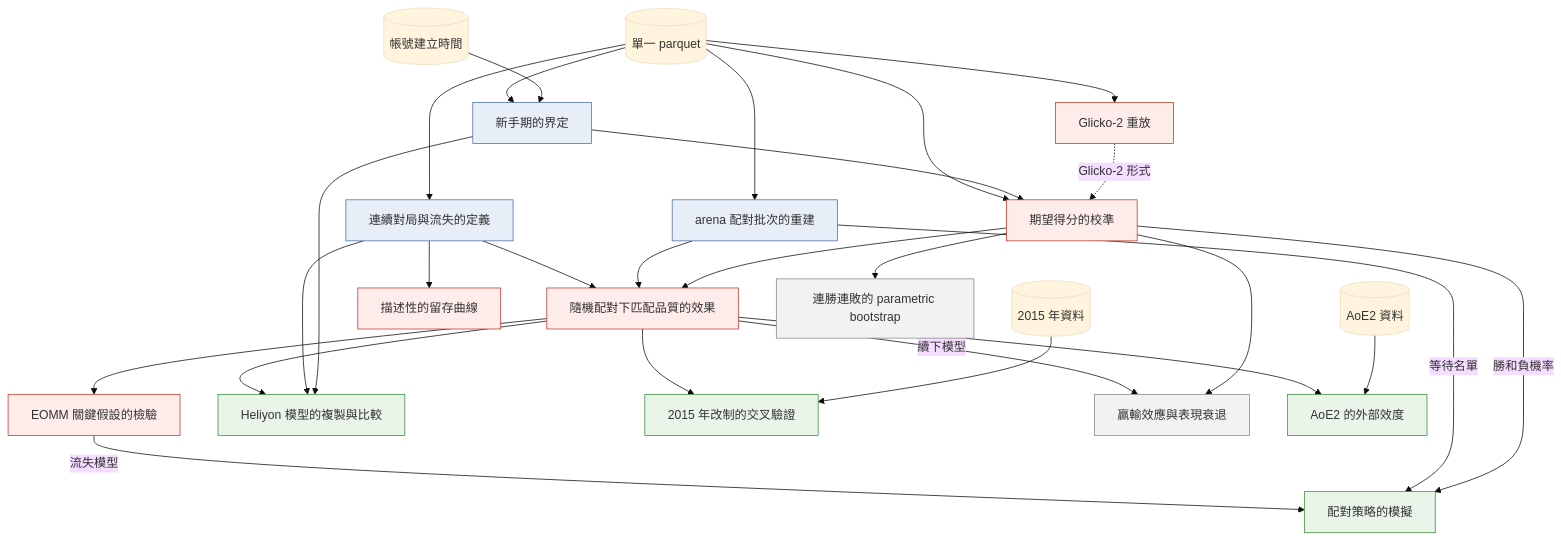
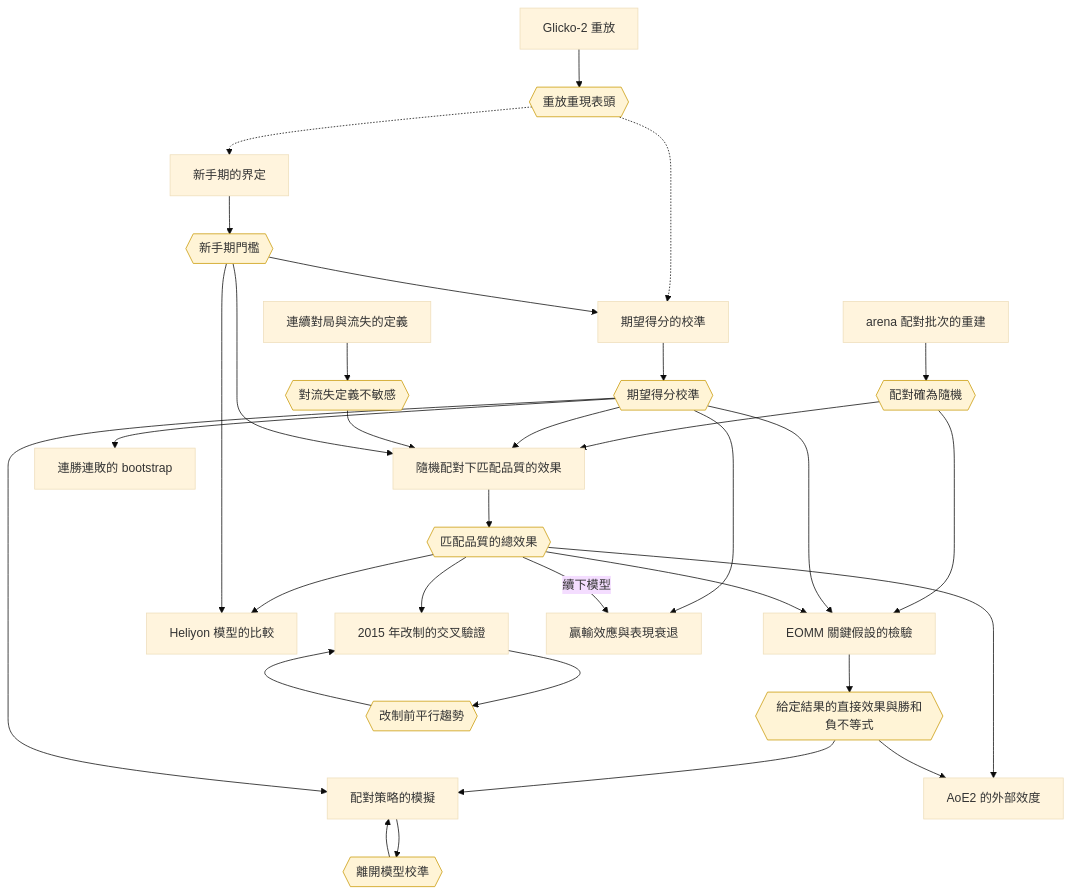
The diagram in docs/plan.md (jambochen/analyze), drawn with Mermaid (base theme) before and after one commit. The commit also changed other lines of this file, not shown here.

Commit message:
docs: 計劃改以結論之間的推論依賴組織，列出各結論成立與否的走向

````diff
--- a/docs/plan.md
+++ b/docs/plan.md
@@ -213,58 +258,62 @@
 ```mermaid
 flowchart TD
-    parquet[(單一 parquet)]
-    users[(帳號建立時間)]
-    y2015[(2015 年資料)]
-    aoe[(AoE2 資料)]
+    wave[arena 配對批次的重建]
+    calibm[期望得分的校準]
+    novm[新手期的界定]
+    replaym[Glicko-2 重放]
+    churnm[連續對局與流失的定義]
+    rim[隨機配對下匹配品質的效果]
+    eommm[EOMM 關鍵假設的檢驗]
+    simm[配對策略的模擬]
+    helm[Heliyon 模型的比較]
+    didm[2015 年改制的交叉驗證]
+    streakm[連勝連敗的 bootstrap]
+    declm[贏輸效應與表現衰退]
+    extm[AoE2 的外部效度]
 
-    churn[連續對局與流失的定義]
-    wave[arena 配對批次的重建]
-    novice[新手期的界定]
-    replay[Glicko-2 重放]
-    calib[期望得分的校準]
-    survival[描述性的留存曲線]
-    ri[隨機配對下匹配品質的效果]
-    eommtest[EOMM 關鍵假設的檢驗]
-    heliyon[Heliyon 模型的複製與比較]
-    sim[配對策略的模擬]
-    did[2015 年改制的交叉驗證]
-    streak[連勝連敗的 parametric bootstrap]
-    decline[贏輸效應與表現衰退]
-    ext[AoE2 的外部效度]
+    crand{{配對確為隨機}}
+    ccal{{期望得分校準}}
+    cnov{{新手期門檻}}
+    crep{{重放重現表頭}}
+    csens{{對流失定義不敏感}}
+    cgamma{{匹配品質的總效果}}
+    cdirect{{給定結果的直接效果與勝和負不等式}}
+    csimcal{{離開模型校準}}
+    cpar{{改制前平行趨勢}}
 
-    parquet --> churn
-    parquet --> wave
-    parquet --> novice
-    users --> novice
-    parquet --> replay
-    parquet --> calib
-    novice --> calib
-    replay -.->|Glicko-2 形式| calib
-    churn --> survival
-    churn --> ri
-    wave --> ri
-    calib --> ri
-    ri --> eommtest
-    eommtest -->|流失模型| sim
-    wave -->|等待名單| sim
-    calib -->|勝和負機率| sim
-    ri --> heliyon
-    churn --> heliyon
-    novice --> heliyon
-    ri --> did
-    y2015 --> did
-    calib --> streak
-    ri -->|續下模型| decline
-    calib --> decline
-    ri --> ext
-    aoe --> ext
+    wave --> crand
+    calibm --> ccal
+    novm --> cnov
+    replaym --> crep
+    churnm --> csens
+    rim --> cgamma
+    eommm --> cdirect
+    simm --> csimcal
+    didm --> cpar
 
-    classDef base fill:#e8eef7,stroke:#4a6fa5
-    classDef core fill:#fdecea,stroke:#c0392b
-    classDef extend fill:#eaf5ea,stroke:#3c8d3c
-    classDef sub fill:#f2f2f2,stroke:#888
-    class churn,wave,novice base
-    class replay,calib,survival,ri,eommtest core
-    class heliyon,sim,did,ext extend
-    class streak,decline sub
+    crep -.-> calibm
+    crep -.-> novm
+    cnov --> calibm
+    crand --> rim
+    ccal --> rim
+    csens --> rim
+    cnov --> rim
+    crand --> eommm
+    ccal --> eommm
+    cgamma --> eommm
+    cdirect --> simm
+    ccal --> simm
+    csimcal --> simm
+    cgamma --> helm
+    cnov --> helm
+    cgamma --> didm
+    cpar --> didm
+    ccal --> streakm
+    ccal --> declm
+    cgamma -->|續下模型| declm
+    cgamma --> extm
+    cdirect --> extm
+
+    classDef concl fill:#fff4d6,stroke:#c99a06
+    class crand,ccal,cnov,crep,csens,cgamma,cdirect,csimcal,cpar concl
 ```
````
